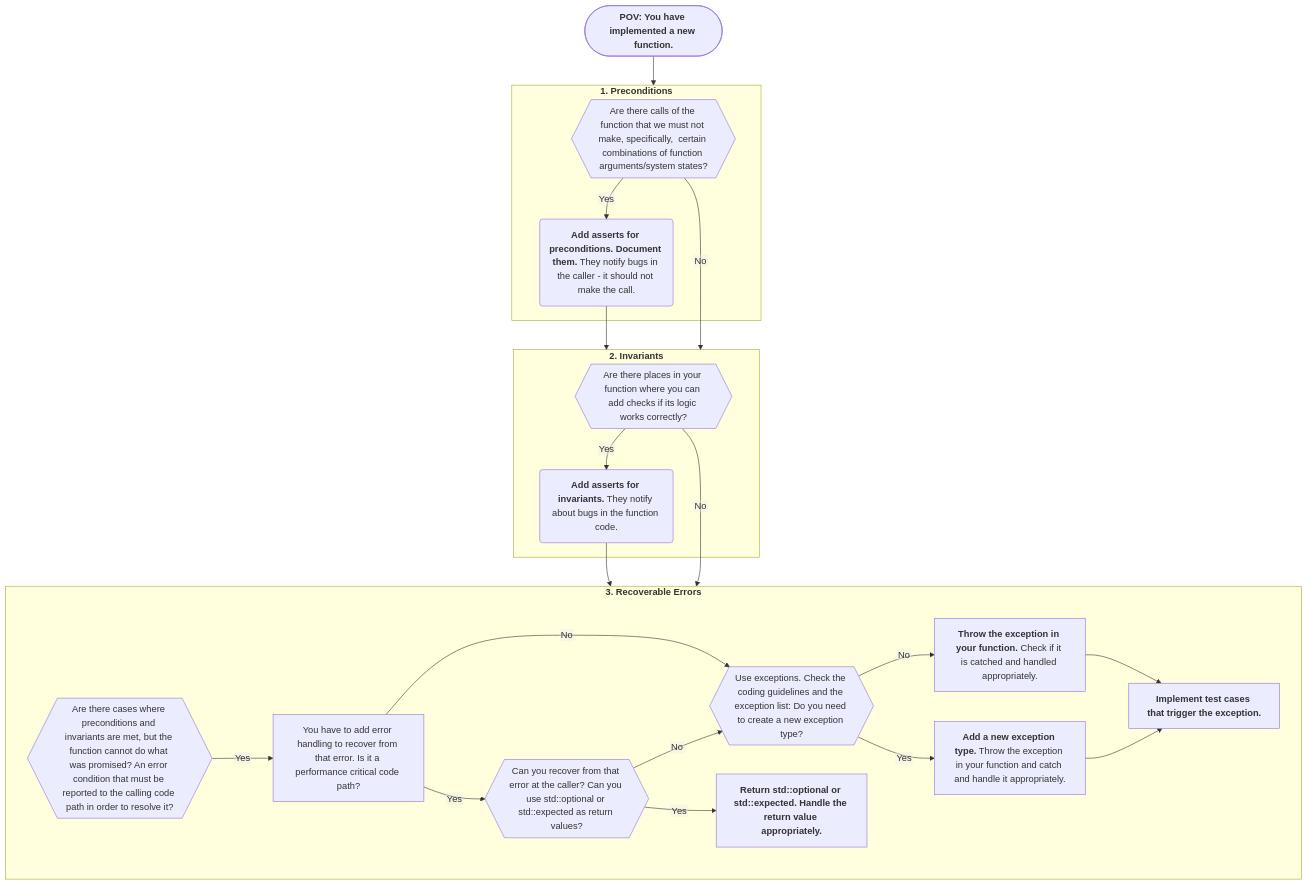
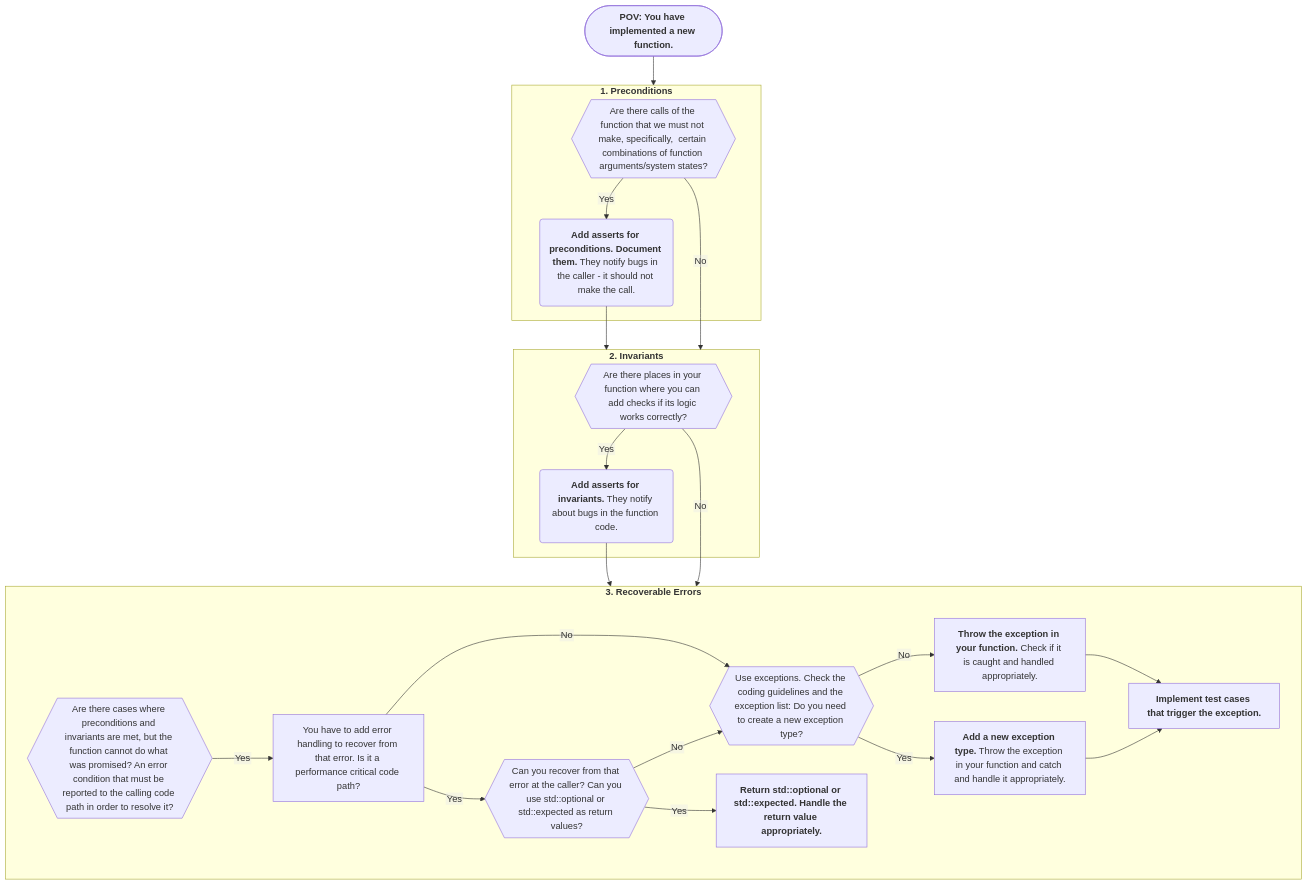
Before and after one commit to nebulastream/nebulastream: the diagram in docs/design/20240711_error_handling.md, drawn with Mermaid. The commit also changed other lines of this file and 1 other file, not shown here.

````diff
--- a/docs/design/20240711_error_handling.md
+++ b/docs/design/20240711_error_handling.md
@@ -225,43 +224,43 @@
 ``` mermaid
 %%{init: {"flowchart": {"htmlLabels": false}} }%%
 flowchart TD
     A(["`**POV: You have implemented a new function.**`"])
     G{{"`Are there calls of the function that we must not make, specifically,  certain combinations of function arguments/system states?`"}}
     H("`**Add asserts for preconditions. Document them.** They notify bugs in the caller - it should not make the call.`")
     Z{{"`Are there places in your function where you can add checks if its logic works correctly?`"}}
     U("`**Add asserts for invariants.** They notify about bugs in the function code.`")
     X{{"`Are there cases where preconditions and invariants are met, but the function cannot do what was promised? An error condition that must be reported to the calling code path in order to resolve it?`"}}
     C["`You have to add error handling to recover from that error. Is it a performance critical code path?`"]
-    O["`**Throw the exception in your function.** Check if it is catched and handled appropriately.`"]
+    O["`**Throw the exception in your function.** Check if it is caught and handled appropriately.`"]
     P["`**Add a new exception type.** Throw the exception in your function and catch and handle it appropriately.`"]
     D{{"`Can you recover from that error at the caller? Can you use std::optional or std::expected as return values?`"}}
     K["`**Return std::optional or std::expected. Handle the return value appropriately.**`"]
     F{{"`Use exceptions. Check the coding guidelines and the exception list: Do you need to create a new exception type?`"}}
     S["`**Implement test cases that trigger the exception.**`"]
 
     A --> i
     subgraph i ["`**1. Preconditions**`"]
     G
     G -->|Yes|H
     end
     H --> j
     G --> |No| j
     subgraph j ["`**2. Invariants**`"]
     Z
     Z --> |Yes| U
     end
     U --> u
     Z --> |No| u
     subgraph u ["`**3. Recoverable Errors**`"]
     X
     X --> |Yes| C
     C -->|No|F
     C -->|Yes| D
     D --> |No|F
     D --> |Yes| K
     F --> |Yes| P
     F --> |No| O
     O --> S
     P --> S
     end
 ```
````
